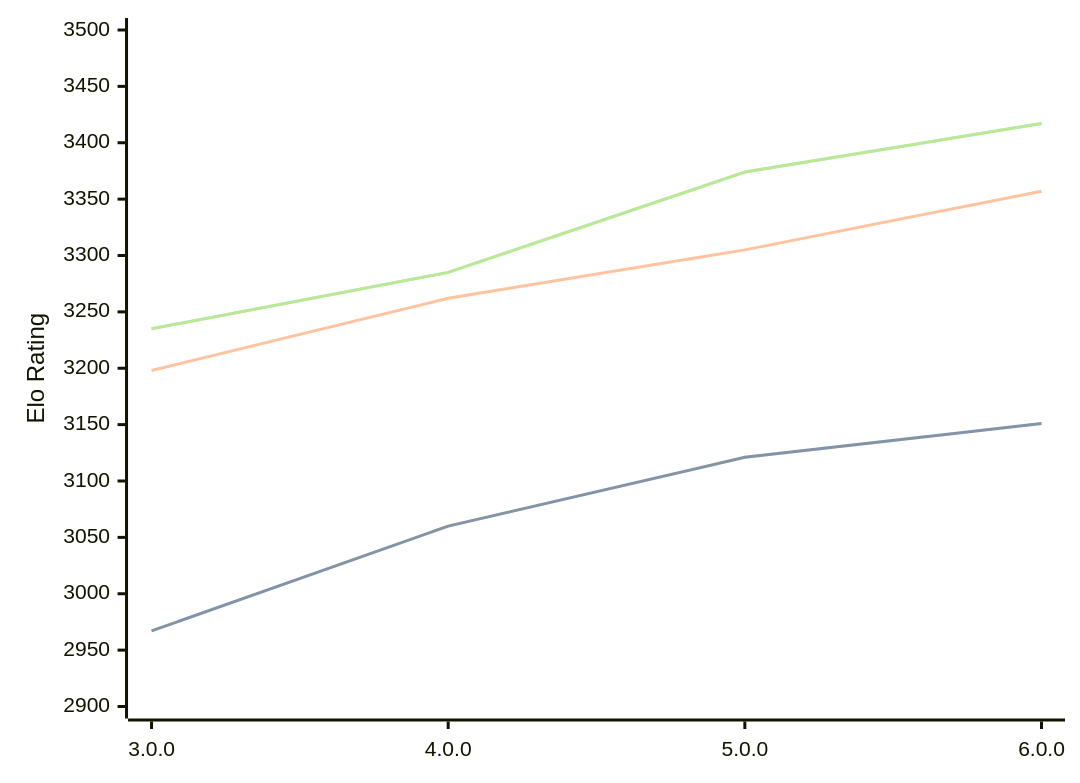
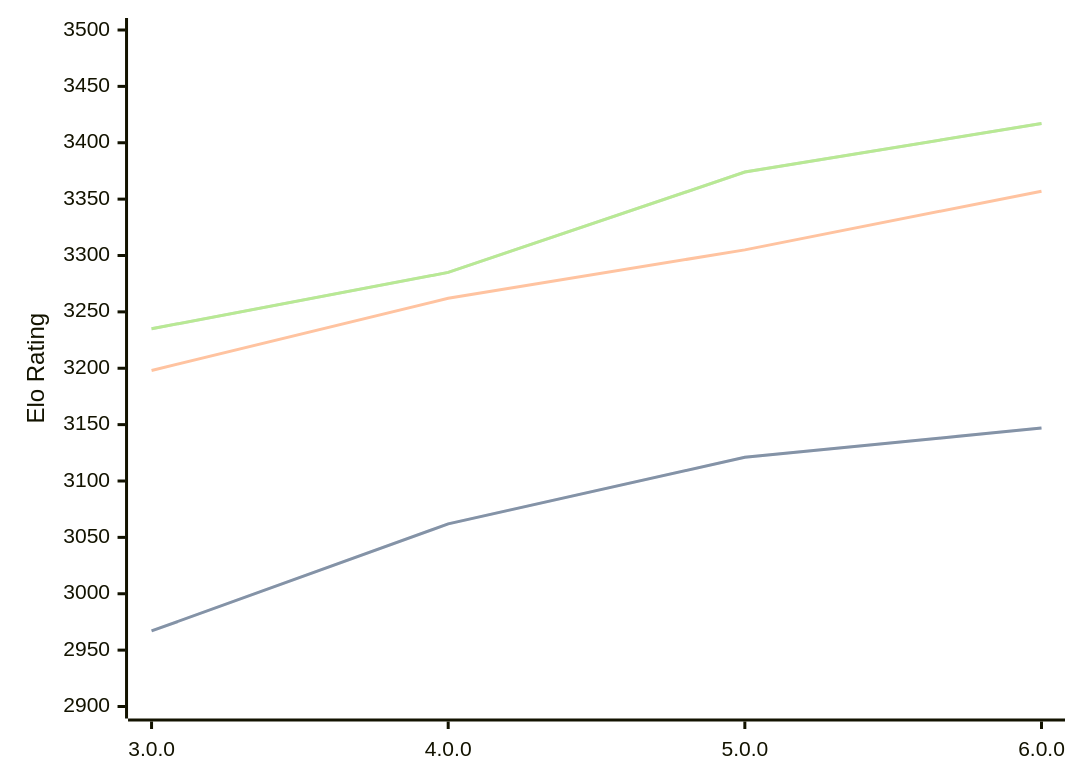
Before and after one commit to computer-chess-index/cci: the first of 3 diagrams in engines/Minke.md, drawn with Mermaid. The commit also changed other lines of this file, not shown here.

````diff
--- a/engines/Minke.md
+++ b/engines/Minke.md
@@ -36,11 +36,11 @@
 ```mermaid
 %%{init: {"theme":"base","themeVariables":{"seriesColors:['#a3a3a3','#222221','#faa371']}}}%%
 xychart-beta
   x-axis ["3.0.0", "4.0.0", "5.0.0", "6.0.0"]
   y-axis "Elo Rating" 2900 --> 3500
-  line "STC (8.0+0.08s)" [2967, 3060, 3121, 3151]
-  line "STC (8.0+0.08s)" [2967, 3060, 3121, 3151]
+  line "STC (8.0+0.08s)" [2967, 3062, 3121, 3147]
+  line "STC (8.0+0.08s)" [2967, 3062, 3121, 3147]
   line "LTC (60.0+0.60s)" [3198, 3262, 3305, 3357]
   line "VLTC (2m24s+1.12s)" [3235, 3285, 3374, 3417]
   line "VLTC (2m24s+1.12s)" [3235, 3285, 3374, 3417]
 ```
````
